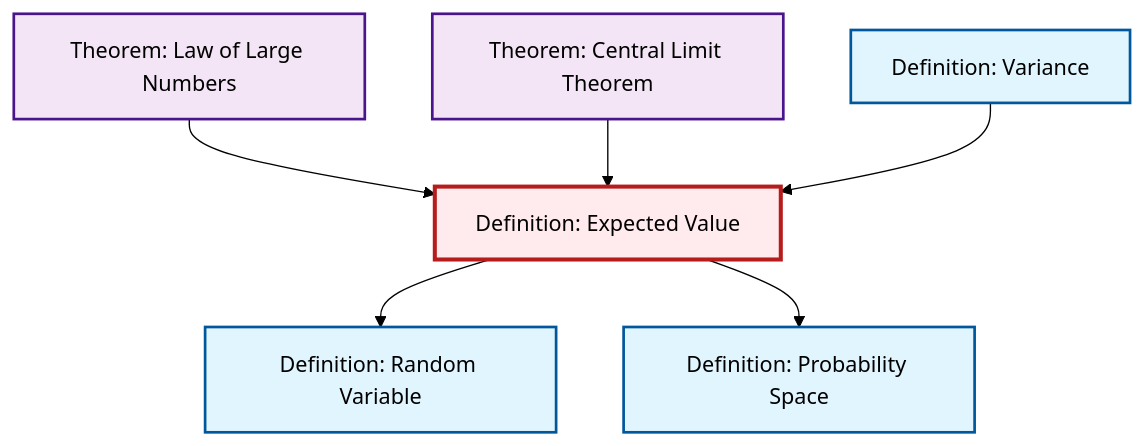
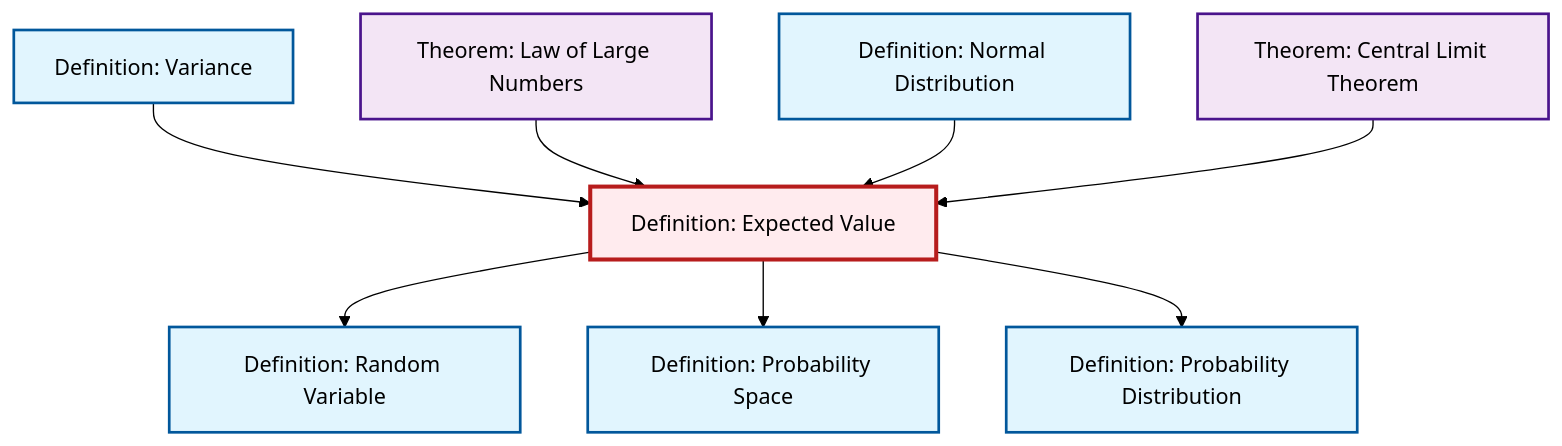
The second of 2 diagrams in content/ja/probability-statistics/def-expectation.qmd (RK0429/ModernMath), drawn with Mermaid (forest theme) before and after one commit. The commit also changed other lines of this file and 634 other files, not shown here.

````diff
--- a/content/ja/probability-statistics/def-expectation.qmd
+++ b/content/ja/probability-statistics/def-expectation.qmd
@@ -89,26 +89,32 @@
 ```{mermaid}
 %%| fig-cap: "Local dependency graph"
 graph TD
     classDef definition fill:#e1f5fe,stroke:#01579b,stroke-width:2px
     classDef theorem fill:#f3e5f5,stroke:#4a148c,stroke-width:2px
     classDef axiom fill:#fff3e0,stroke:#e65100,stroke-width:2px
     classDef example fill:#e8f5e9,stroke:#1b5e20,stroke-width:2px
     classDef current fill:#ffebee,stroke:#b71c1c,stroke-width:3px
     thm-central-limit["Theorem: Central Limit Theorem"]:::theorem
+    def-probability-space["Definition: Probability Space"]:::definition
+    def-expectation["Definition: Expected Value"]:::definition
+    def-variance["Definition: Variance"]:::definition
+    def-probability-distribution["Definition: Probability Distribution"]:::definition
+    def-normal-distribution["Definition: Normal Distribution"]:::definition
     thm-law-of-large-numbers["Theorem: Law of Large Numbers"]:::theorem
-    def-expectation["Definition: Expected Value"]:::definition
-    def-probability-space["Definition: Probability Space"]:::definition
     def-random-variable["Definition: Random Variable"]:::definition
-    def-variance["Definition: Variance"]:::definition
+    def-variance --> def-expectation
+    thm-law-of-large-numbers --> def-expectation
+    def-normal-distribution --> def-expectation
     def-expectation --> def-random-variable
-    thm-law-of-large-numbers --> def-expectation
+    def-expectation --> def-probability-space
+    def-expectation --> def-probability-distribution
     thm-central-limit --> def-expectation
-    def-expectation --> def-probability-space
-    def-variance --> def-expectation
     class def-expectation current
     click thm-central-limit "thm-central-limit.html" "Theorem: Central Limit Theoremへ"
+    click def-probability-space "def-probability-space.html" "Definition: Probability Spaceへ"
+    click def-variance "def-variance.html" "Definition: Varianceへ"
+    click def-probability-distribution "def-probability-distribution.html" "Definition: Probability Distributionへ"
+    click def-normal-distribution "def-normal-distribution.html" "Definition: Normal Distributionへ"
     click thm-law-of-large-numbers "thm-law-of-large-numbers.html" "Theorem: Law of Large Numbersへ"
-    click def-probability-space "def-probability-space.html" "Definition: Probability Spaceへ"
     click def-random-variable "def-random-variable.html" "Definition: Random Variableへ"
-    click def-variance "def-variance.html" "Definition: Varianceへ"
 ```
````
